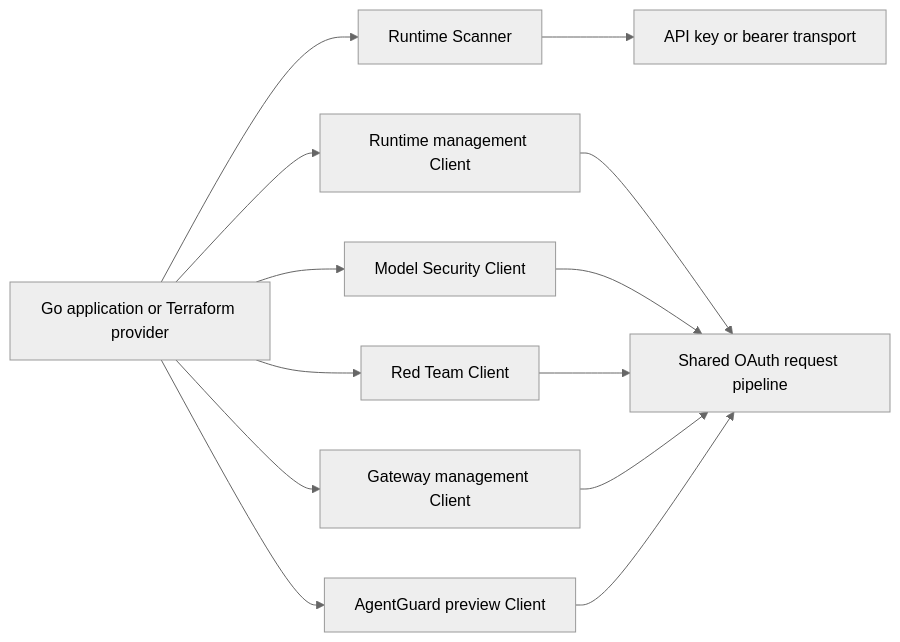
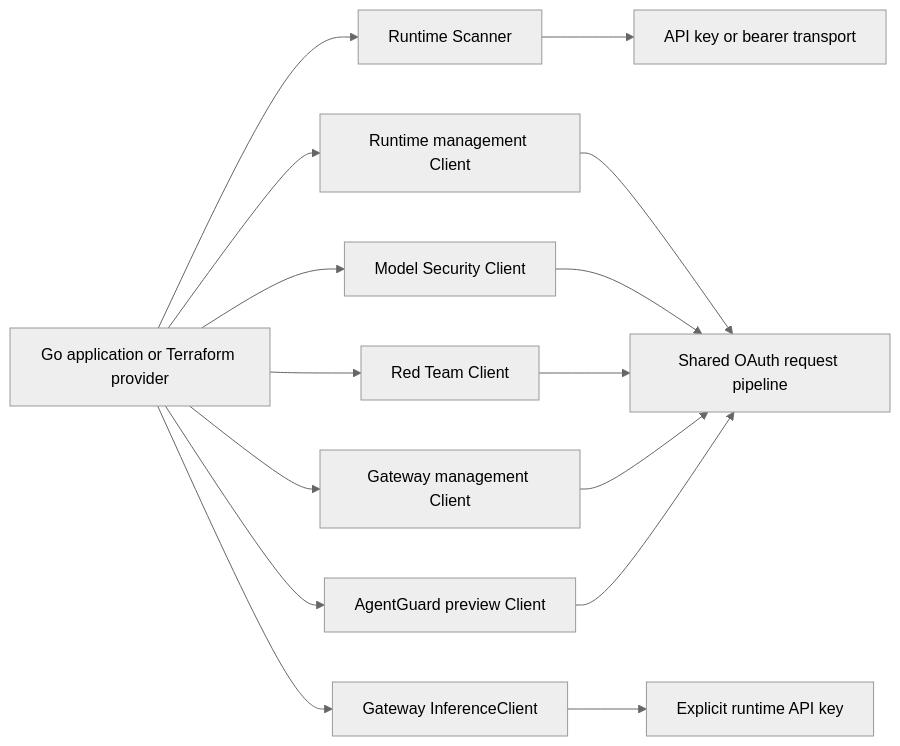
The diagram in docs/developer/architecture.md (cdot65/prisma-airs-go), drawn with Mermaid (neutral theme) before and after one commit. The commit also changed other lines of this file and 99 other files, not shown here.

````diff
--- a/docs/developer/architecture.md
+++ b/docs/developer/architecture.md
@@ -7,15 +7,17 @@
 ```mermaid
 flowchart LR
     App[Go application or Terraform provider] --> Scan[Runtime Scanner]
     App --> Runtime[Runtime management Client]
     App --> Model[Model Security Client]
     App --> RedTeam[Red Team Client]
     App --> Gateway[Gateway management Client]
+    App --> Inference[Gateway InferenceClient]
+    Inference --> RuntimeKey[Explicit runtime API key]
     App --> AgentGuard[AgentGuard preview Client]
     Scan --> HMAC[API key or bearer transport]
     Runtime --> OAuth[Shared OAuth request pipeline]
     Model --> OAuth
     RedTeam --> OAuth
     Gateway --> OAuth
     AgentGuard --> OAuth
 ```
````
